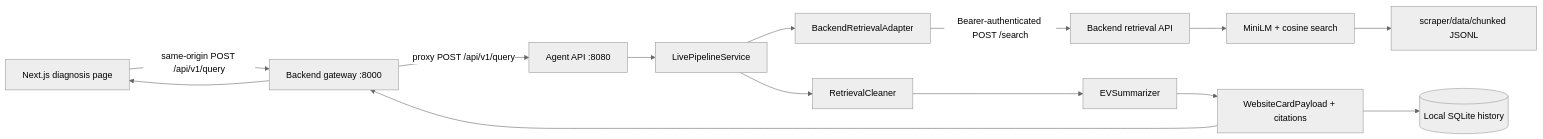
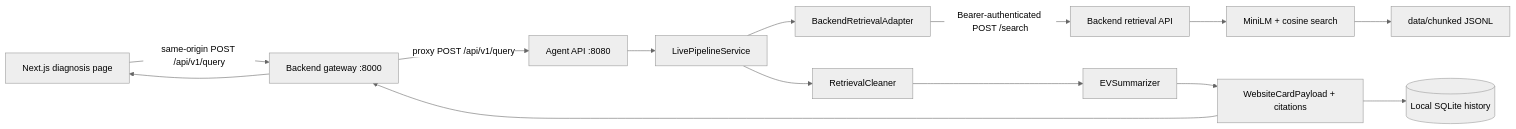
Before and after one commit to darklord241/ev-fault-diagnosis-rag: the diagram in README.md, drawn with Mermaid (neutral theme). The commit also changed other lines of this file and 27 other files, not shown here.

````diff
--- a/README.md
+++ b/README.md
@@ -102,16 +102,16 @@
 ```mermaid
 flowchart LR
   Browser["Next.js diagnosis page"] -->|same-origin POST /api/v1/query| Gateway["Backend gateway :8000"]
   Gateway -->|proxy POST /api/v1/query| Agent["Agent API :8080"]
   Agent --> Pipeline["LivePipelineService"]
   Pipeline --> Adapter["BackendRetrievalAdapter"]
   Adapter -->|Bearer-authenticated POST /search| Retrieval["Backend retrieval API"]
   Retrieval --> Search["MiniLM + cosine search"]
-  Search --> Chunks["scraper/data/chunked JSONL"]
+  Search --> Chunks["data/chunked JSONL"]
   Pipeline --> Cleaner["RetrievalCleaner"]
   Cleaner --> Summarizer["EVSummarizer"]
   Summarizer --> Result["WebsiteCardPayload + citations"]
   Result --> History[("Local SQLite history")]
   Result --> Gateway
   Gateway --> Browser
 ```
````
